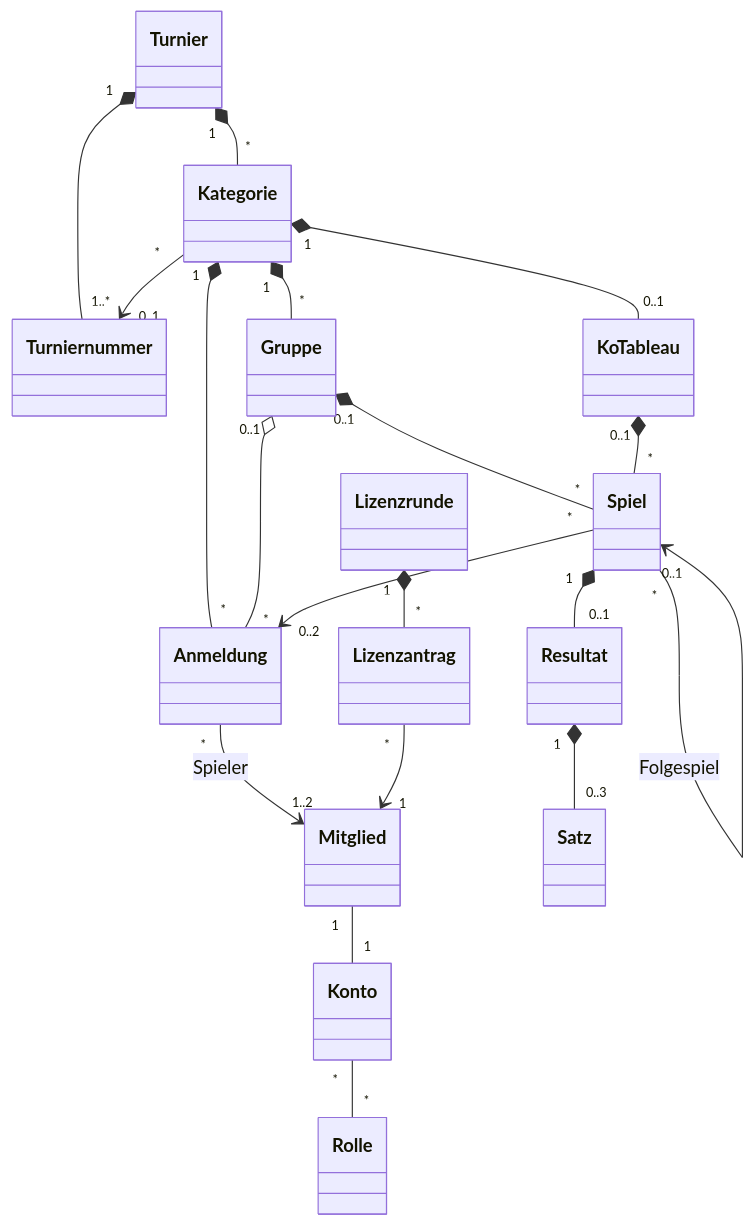
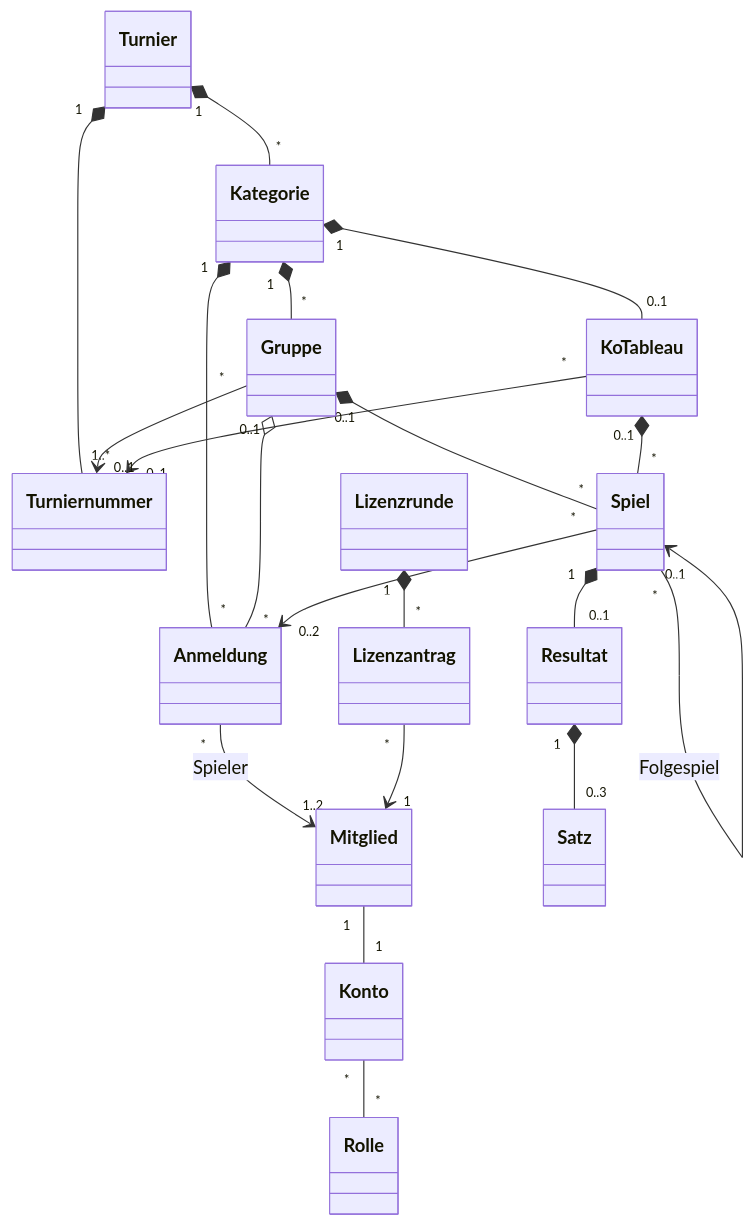
Before and after one commit to konstantinniedermann/tco-app: the diagram in docs/fachmodell.md, drawn with Mermaid. The commit also changed other lines of this file and 6 other files, not shown here.

````diff
--- a/docs/fachmodell.md
+++ b/docs/fachmodell.md
@@ -22,21 +22,22 @@
 ```mermaid
 classDiagram
     Mitglied "1" -- "1" Konto
     Konto "*" -- "*" Rolle
     Turnier "1" *-- "1..*" Turniernummer
     Turnier "1" *-- "*" Kategorie
-    Kategorie "*" --> "0..1" Turniernummer
     Kategorie "1" *-- "*" Anmeldung
     Anmeldung "*" --> "1..2" Mitglied : Spieler
     Kategorie "1" *-- "*" Gruppe
     Gruppe "0..1" o-- "*" Anmeldung
     Kategorie "1" *-- "0..1" KoTableau
+    Gruppe "*" --> "0..1" Turniernummer
+    KoTableau "*" --> "0..1" Turniernummer
     Gruppe "0..1" *-- "*" Spiel
     KoTableau "0..1" *-- "*" Spiel
     Spiel "*" --> "0..2" Anmeldung
     Spiel "*" --> "0..1" Spiel : Folgespiel
     Spiel "1" *-- "0..1" Resultat
     Resultat "1" *-- "0..3" Satz
     Lizenzrunde "1" *-- "*" Lizenzantrag
     Lizenzantrag "*" --> "1" Mitglied
 ```
````
